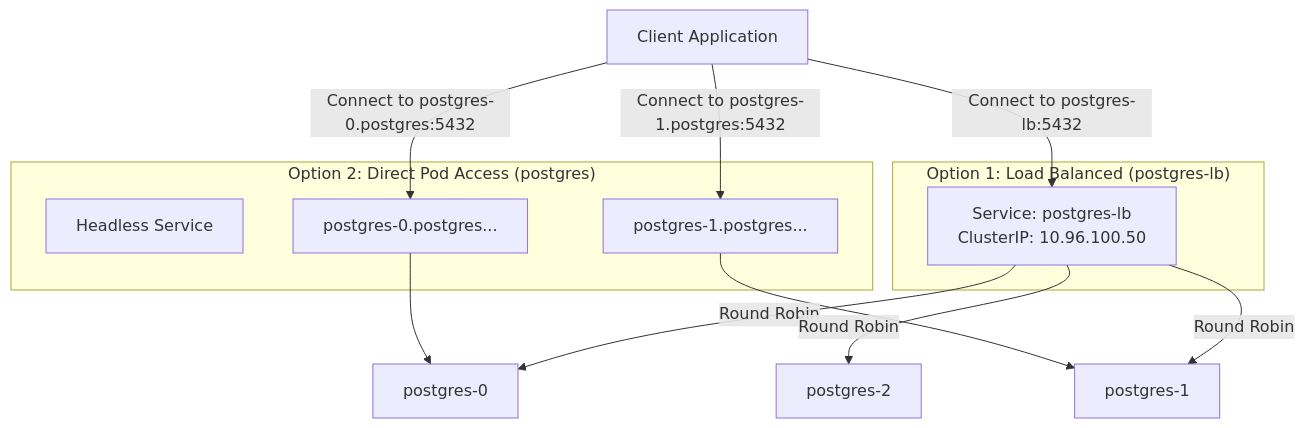
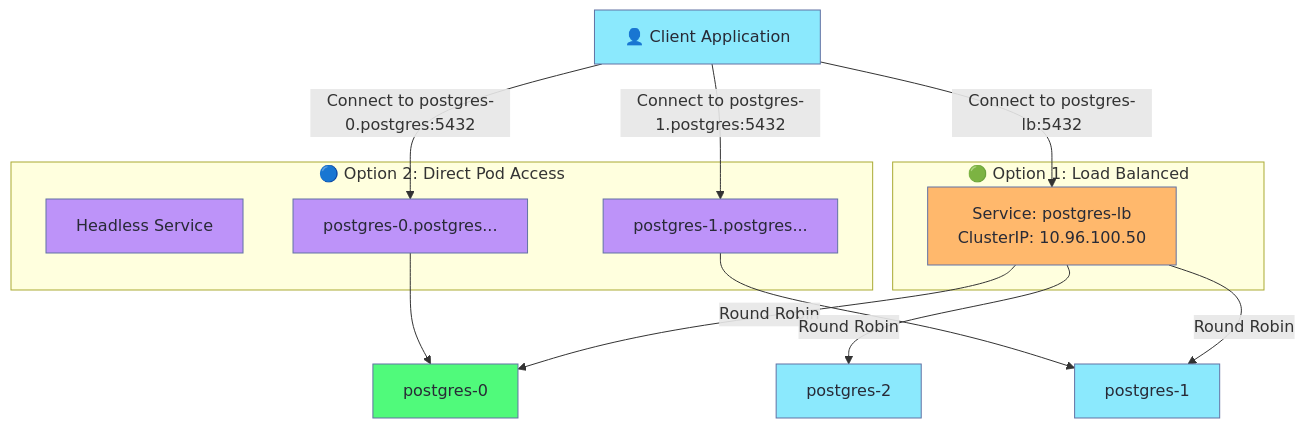
Before and after one commit to selvakumarperumal/k8s_minikube_learn: the seventh of 17 diagrams in Workload_and_Application_Management/statefulset-postgresql-explained.md, drawn with Mermaid. The commit also changed other lines of this file, not shown here.

Commit message:
Apply Dracula theme colors to all diagrams for consistent visibility in dark mode

````diff
--- a/Workload_and_Application_Management/statefulset-postgresql-explained.md
+++ b/Workload_and_Application_Management/statefulset-postgresql-explained.md
@@ -173,24 +210,33 @@
 ```mermaid
 flowchart TD
-    CLIENT[Client Application]
+    CLIENT[👤 Client Application]
     
-    subgraph "Option 1: Load Balanced (postgres-lb)"
+    subgraph OPT1["🟢 Option 1: Load Balanced"]
         LB[Service: postgres-lb<br/>ClusterIP: 10.96.100.50]
     end
     
-    subgraph "Option 2: Direct Pod Access (postgres)"
+    subgraph OPT2["🔵 Option 2: Direct Pod Access"]
         HEADLESS[Headless Service]
         DNS0[postgres-0.postgres...]
         DNS1[postgres-1.postgres...]
     end
     
     CLIENT -->|"Connect to postgres-lb:5432"| LB
     LB -->|Round Robin| POD0[postgres-0]
     LB -->|Round Robin| POD1[postgres-1]
     LB -->|Round Robin| POD2[postgres-2]
     
     CLIENT -->|"Connect to postgres-0.postgres:5432"| DNS0
     DNS0 --> POD0
     CLIENT -->|"Connect to postgres-1.postgres:5432"| DNS1
     DNS1 --> POD1
+    
+    style CLIENT fill:#8be9fd,stroke:#6272a4,color:#282a36
+    style LB fill:#ffb86c,stroke:#6272a4,color:#282a36
+    style HEADLESS fill:#bd93f9,stroke:#6272a4,color:#282a36
+    style DNS0 fill:#bd93f9,stroke:#6272a4,color:#282a36
+    style DNS1 fill:#bd93f9,stroke:#6272a4,color:#282a36
+    style POD0 fill:#50fa7b,stroke:#6272a4,color:#282a36
+    style POD1 fill:#8be9fd,stroke:#6272a4,color:#282a36
+    style POD2 fill:#8be9fd,stroke:#6272a4,color:#282a36
 ```
````
